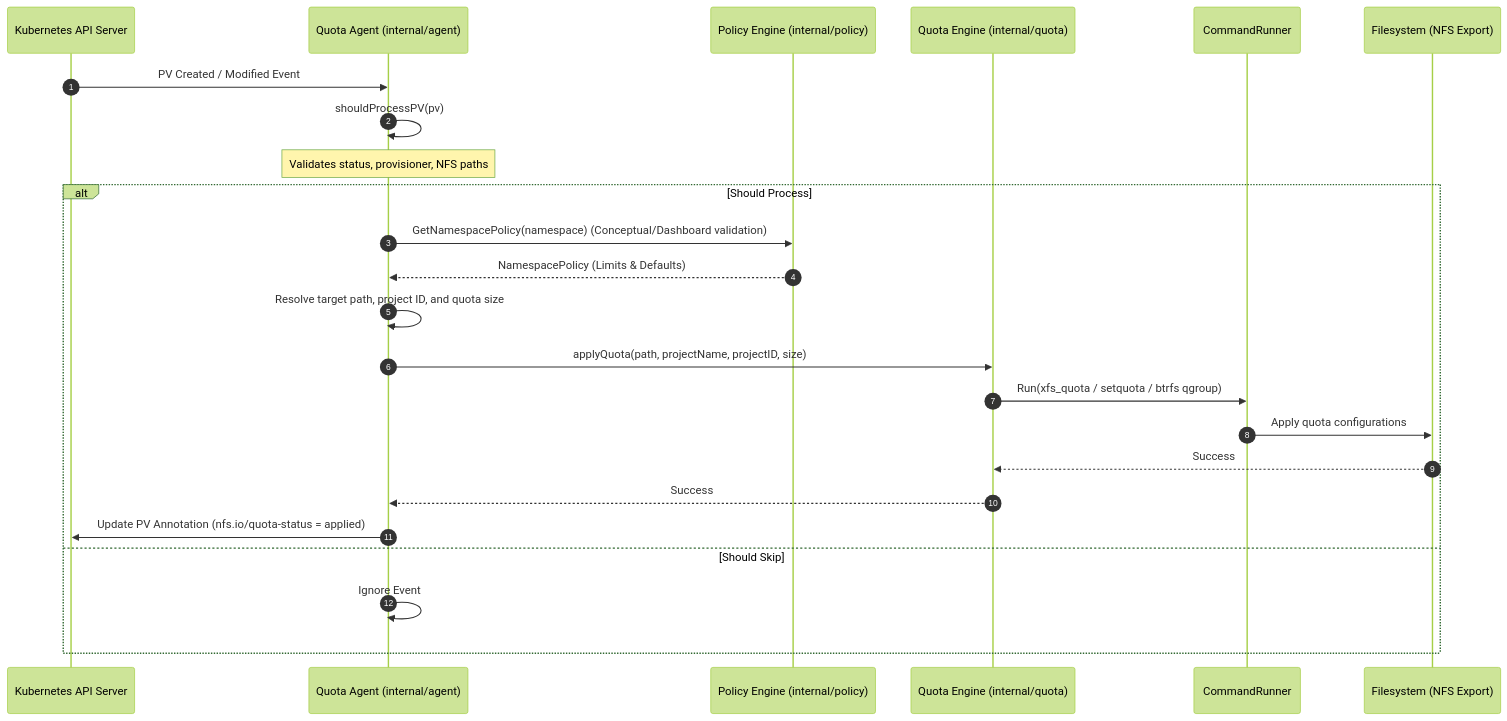
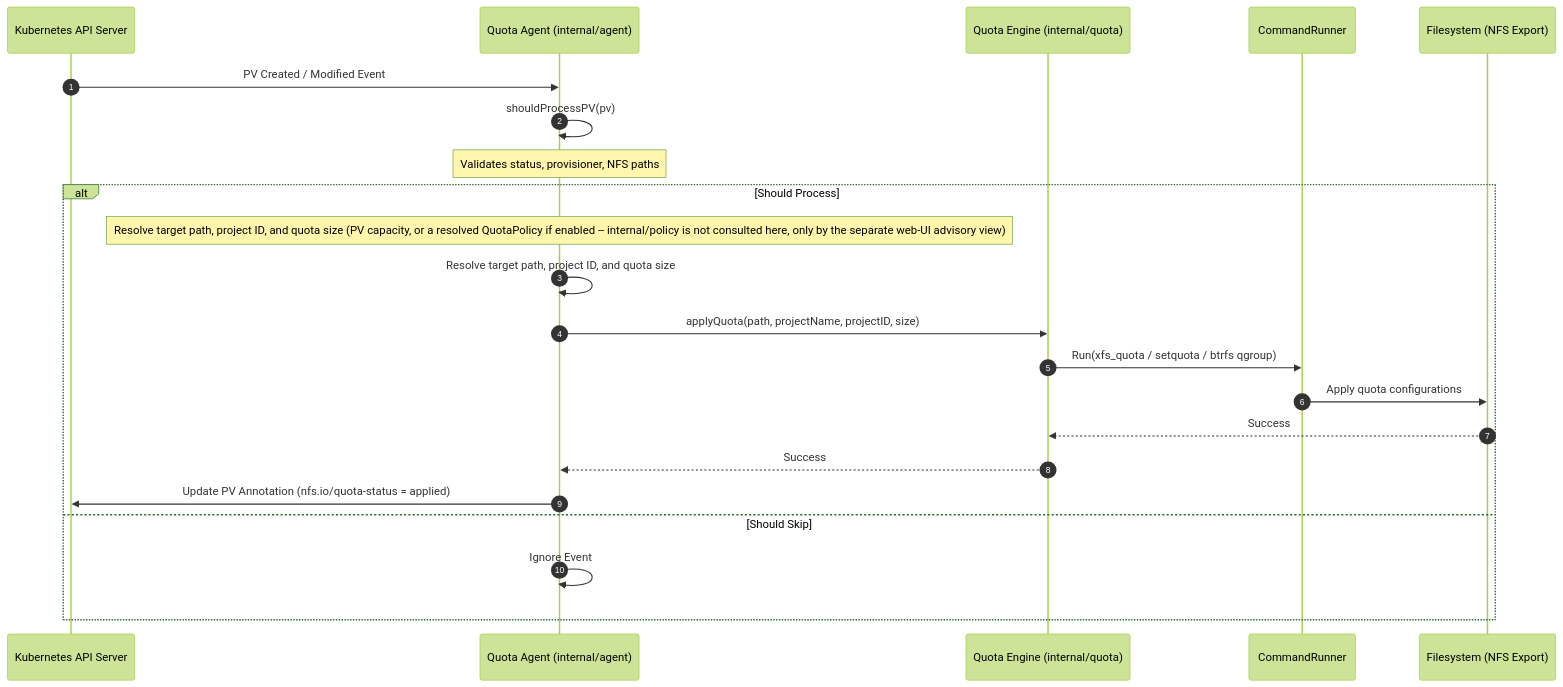
The second of 2 diagrams in docs/architecture.md (dasomel/nfs-quota-agent), drawn with Mermaid (forest theme) before and after one commit. The commit also changed other lines of this file and 4 other files, not shown here.

````diff
--- a/docs/architecture.md
+++ b/docs/architecture.md
@@ -71,27 +71,25 @@
 ```mermaid
 sequenceDiagram
     autonumber
     participant K8s as Kubernetes API Server
     participant Agent as Quota Agent (internal/agent)
-    participant Policy as Policy Engine (internal/policy)
     participant Quota as Quota Engine (internal/quota)
     participant Cmd as CommandRunner
     participant File as Filesystem (NFS Export)
 
     K8s->>Agent: PV Created / Modified Event
     Agent->>Agent: shouldProcessPV(pv)
     Note over Agent: Validates status, provisioner, NFS paths
     alt Should Process
-        Agent->>Policy: GetNamespacePolicy(namespace) (Conceptual/Dashboard validation)
-        Policy-->>Agent: NamespacePolicy (Limits & Defaults)
+        Note over Agent: Resolve target path, project ID, and quota size (PV capacity, or a resolved QuotaPolicy if enabled -- internal/policy is not consulted here, only by the separate web-UI advisory view)
         Agent->>Agent: Resolve target path, project ID, and quota size
         Agent->>Quota: applyQuota(path, projectName, projectID, size)
         Quota->>Cmd: Run(xfs_quota / setquota / btrfs qgroup)
         Cmd->>File: Apply quota configurations
         File-->>Quota: Success
         Quota-->>Agent: Success
         Agent->>K8s: Update PV Annotation (nfs.io/quota-status = applied)
     else Should Skip
         Agent->>Agent: Ignore Event
     end
 ```
````
